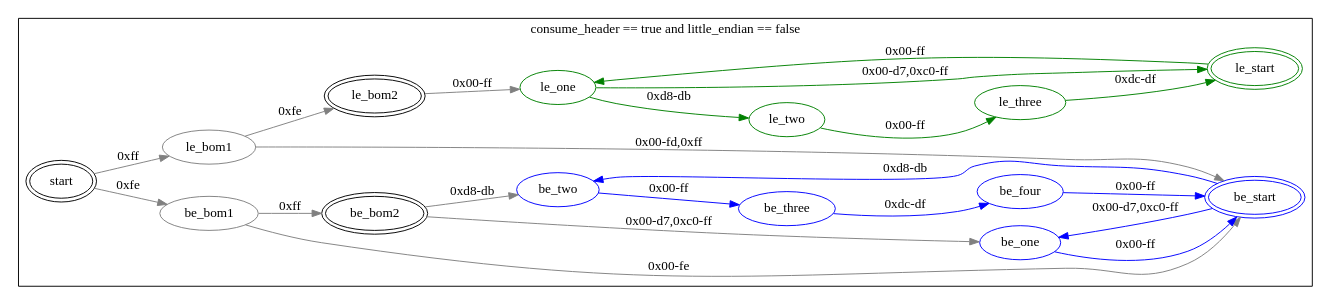
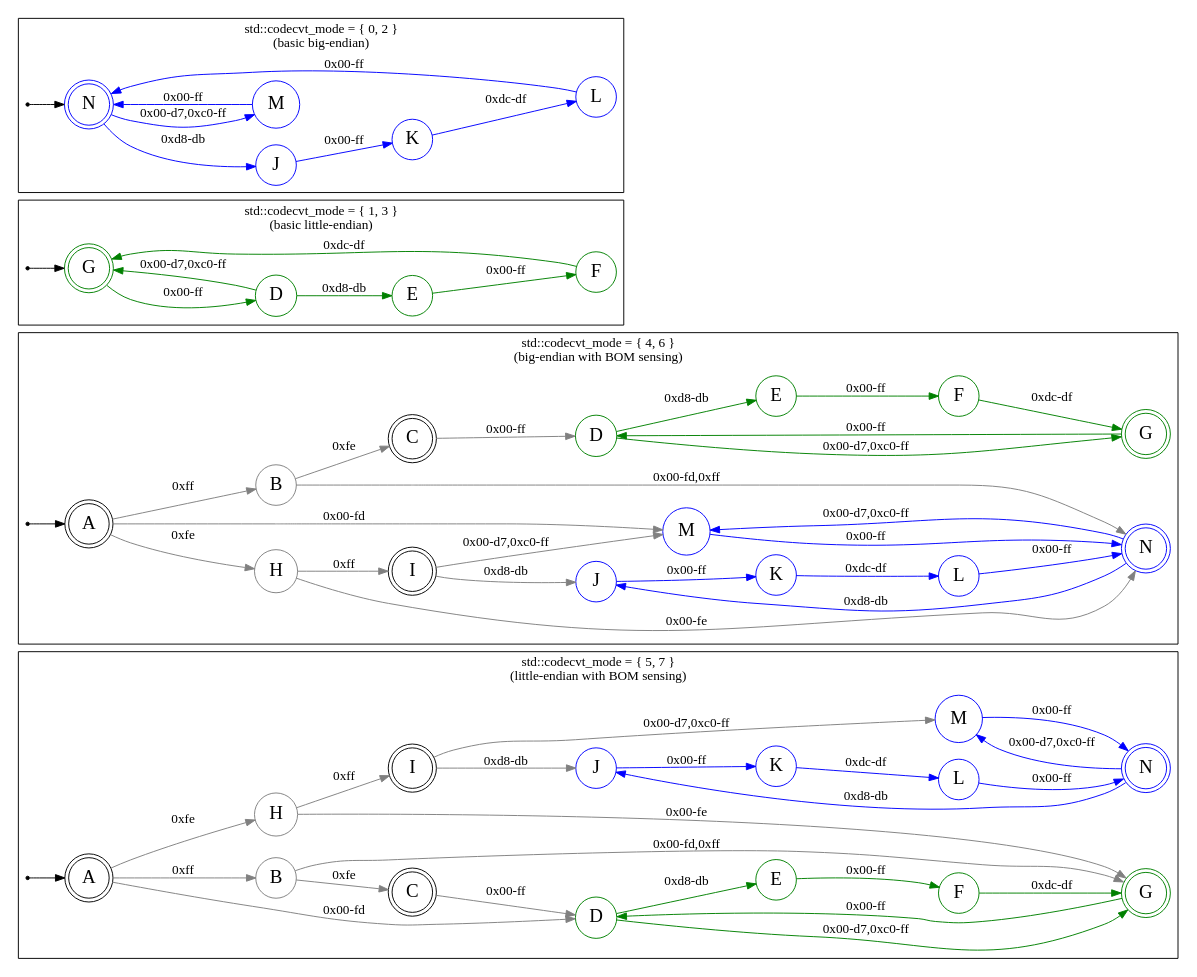
The diagram in src/automata/samples/utf16.dot (jschmerge/xos), drawn with Graphviz before and after one commit. The commit also changed 2 other files, not shown here.

Commit message:
More fun with dot; drawings for codecvt state machines are nearly complete

```diff
--- a/src/automata/samples/utf16.dot
+++ b/src/automata/samples/utf16.dot
@@ -1,54 +1,191 @@
 digraph Input {
 	rankdir="LR"
+	node [shape=circle,fontname="times bold italic",fontsize=20]
+//	edge [fontname=courier]
 
-	subgraph cluster_one {
-		label="consume_header == true and little_endian == false"
+	Initial2 [shape=point]
+	subgraph cluster_two {
+		label="std::codecvt_mode = { 5, 7 }\n(little-endian with BOM sensing)"
 
-		start [peripheries=2]
-		be_bom2 [peripheries=2]
-		le_bom2 [peripheries=2]
+		Initial2 -> A2
 
-		subgraph BOM {
-			edge [color="gray"]
-			node [color="gray"]
-			start -> be_bom1 [label="0xfe"]
-			start -> le_bom1 [label="0xff"]
-		}
-
+		A2 [peripheries=2]
+		I2 [peripheries=2]
+		C2 [peripheries=2]
 		subgraph big_endian {
 			node [color="blue"]
 			edge [color="blue"]
-			be_start -> be_one [label="0x00-d7,0xc0-ff"]
-			be_one -> be_start [label="0x00-ff"]
-			be_start -> be_two [label="0xd8-db"]
-			be_two -> be_three [label="0x00-ff"]
-			be_three -> be_four [label="0xdc-df"]
-			be_four -> be_start [label="0x00-ff"]
-			be_start [peripheries=2]
+			N2 -> M2 [label="0x00-d7,0xc0-ff"]
+			M2 -> N2 [label="0x00-ff"]
+			N2 -> J2 [label="0xd8-db"]
+			J2 -> K2 [label="0x00-ff"]
+			K2 -> L2 [label="0xdc-df"]
+			L2 -> N2 [label="0x00-ff"]
+
+			J2 [label="J"]
+			K2 [label="K"]
+			L2 [label="L"]
+			M2 [label="M"]
+			N2 [label="N",peripheries=2]
 		}
 
 		subgraph little_endian {
 			node [color="green"]
 			edge [color="green"]
-			le_start -> le_one [label="0x00-ff"]
-			le_one -> le_start [label="0x00-d7,0xc0-ff"]
-			le_one -> le_two [label="0xd8-db"]
-			le_two -> le_three [label="0x00-ff"]
-			le_three -> le_start [label="0xdc-df"]
-			le_start [peripheries=2]
+			G2 -> D2 [label="0x00-ff"]
+			D2 -> G2 [label="0x00-d7,0xc0-ff"]
+			D2 -> E2 [label="0xd8-db"]
+			E2 -> F2 [label="0x00-ff"]
+			F2 -> G2 [label="0xdc-df"]
+
+			D2 [label="D"]
+			E2 [label="E"]
+			F2 [label="F"]
+			G2 [label="G",peripheries=2]
 		}
 
 		subgraph BOM {
-			be_bom1 -> be_bom2 [label="0xff"]
-			be_bom1 -> be_start [label="0x00-fe"]
-			be_bom2 -> be_one [label="0x00-d7,0xc0-ff"]
-			be_bom2 -> be_two [label="0xd8-db"]
+			edge [color="gray"]
+			node [color="gray"]
+			A2 -> D2 [label="0x00-fd"]
+			A2 -> H2 [label="0xfe"]
+			A2 -> B2 [label="0xff"]
+			H2 -> I2 [label="0xff"]
+			H2 -> G2 [label="0x00-fe"]
+			I2 -> M2 [label="0x00-d7,0xc0-ff"]
+			I2 -> J2 [label="0xd8-db"]
 
-			le_bom1 -> be_start [label="0x00-fd,0xff"]
-			le_bom1 -> le_bom2 [label="0xfe"]
-			le_bom2 -> le_one [label="0x00-ff"]
+			B2 -> G2 [label="0x00-fd,0xff"]
+			B2 -> C2 [label="0xfe"]
+			C2 -> D2 [label="0x00-ff"]
+
+
+
+			A2 [label="A"]
+			H2 [label="H"]
+			I2 [label="I"]
+			B2 [label="B"]
+			C2 [label="C"]
 		}
 
-		{ rank=max le_start; be_start; }
+		{ rank=max G2; N2; }
 	}
+
+	Initial1 [shape=point]
+	subgraph cluster_one {
+		label="std::codecvt_mode = { 4, 6 }\n(big-endian with BOM sensing)"
+
+		A1 [peripheries=2]
+		I1 [peripheries=2]
+		C1 [peripheries=2]
+
+		Initial1 -> A1
+
+		subgraph big_endian {
+			node [color="blue"]
+			edge [color="blue"]
+			N1 -> M1 [label="0x00-d7,0xc0-ff"]
+			M1 -> N1 [label="0x00-ff"]
+			N1 -> J1 [label="0xd8-db"]
+			J1 -> K1 [label="0x00-ff"]
+			K1 -> L1 [label="0xdc-df"]
+			L1 -> N1 [label="0x00-ff"]
+
+			J1 [label="J"]
+			K1 [label="K"]
+			L1 [label="L"]
+			M1 [label="M"]
+			N1 [label="N",peripheries=2]
+		}
+
+		subgraph little_endian {
+			node [color="green"]
+			edge [color="green"]
+			G1 -> D1 [label="0x00-ff"]
+			D1 -> G1 [label="0x00-d7,0xc0-ff"]
+			D1 -> E1 [label="0xd8-db"]
+			E1 -> F1 [label="0x00-ff"]
+			F1 -> G1 [label="0xdc-df"]
+
+			D1 [label="D"]
+			E1 [label="E"]
+			F1 [label="F"]
+			G1 [label="G",peripheries=2]
+		}
+
+		subgraph BOM {
+			edge [color="gray"]
+			node [color="gray"]
+			A1 -> M1 [label="0x00-fd"]
+			A1 -> H1 [label="0xfe"]
+			A1 -> B1 [label="0xff"]
+			H1 -> I1 [label="0xff"]
+			H1 -> N1 [label="0x00-fe"]
+			I1 -> M1 [label="0x00-d7,0xc0-ff"]
+			I1 -> J1 [label="0xd8-db"]
+
+			B1 -> N1 [label="0x00-fd,0xff"]
+			B1 -> C1 [label="0xfe"]
+			C1 -> D1 [label="0x00-ff"]
+
+
+
+			A1 [label="A"]
+			H1 [label="H"]
+			I1 [label="I"]
+			B1 [label="B"]
+			C1 [label="C"]
+		}
+
+		{ rank=max G1; N1; }
+	}
+
+	Initial4 [shape=point]
+	subgraph cluster_four {
+		label="std::codecvt_mode = { 1, 3 }\n(basic little-endian)"
+
+		Initial4 -> G4
+
+		subgraph little_endian {
+			node [color="green"]
+			edge [color="green"]
+			G4 -> D4 [label="0x00-ff"]
+			D4 -> G4 [label="0x00-d7,0xc0-ff"]
+			D4 -> E4 [label="0xd8-db"]
+			E4 -> F4 [label="0x00-ff"]
+			F4 -> G4 [label="0xdc-df"]
+
+			D4 [label="D"]
+			E4 [label="E"]
+			F4 [label="F"]
+			G4 [label="G",color=green,peripheries=2]
+		}
+	}
+
+	Initial3 [shape=point]
+	subgraph cluster_three {
+		label="std::codecvt_mode = { 0, 2 }\n(basic big-endian)"
+
+		Initial3 -> N3
+
+		subgraph big_endian {
+			node [color="blue"]
+			edge [color="blue"]
+			N3 -> M3 [label="0x00-d7,0xc0-ff"]
+			M3 -> N3 [label="0x00-ff"]
+			N3 -> J3 [label="0xd8-db"]
+			J3 -> K3 [label="0x00-ff"]
+			K3 -> L3 [label="0xdc-df"]
+			L3 -> N3 [label="0x00-ff"]
+
+			J3 [label="J"]
+			K3 [label="K"]
+			L3 [label="L"]
+			M3 [label="M"]
+			N3 [label="N",color=blue,peripheries=2]
+		}
+
+		//{ rank=max N3; }
+	}
+
 }
```
